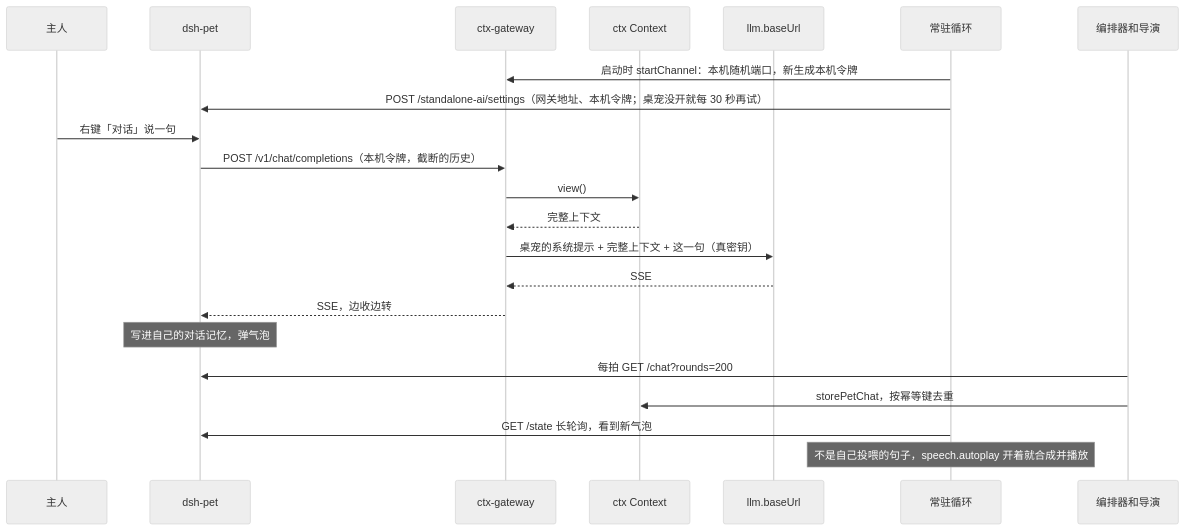
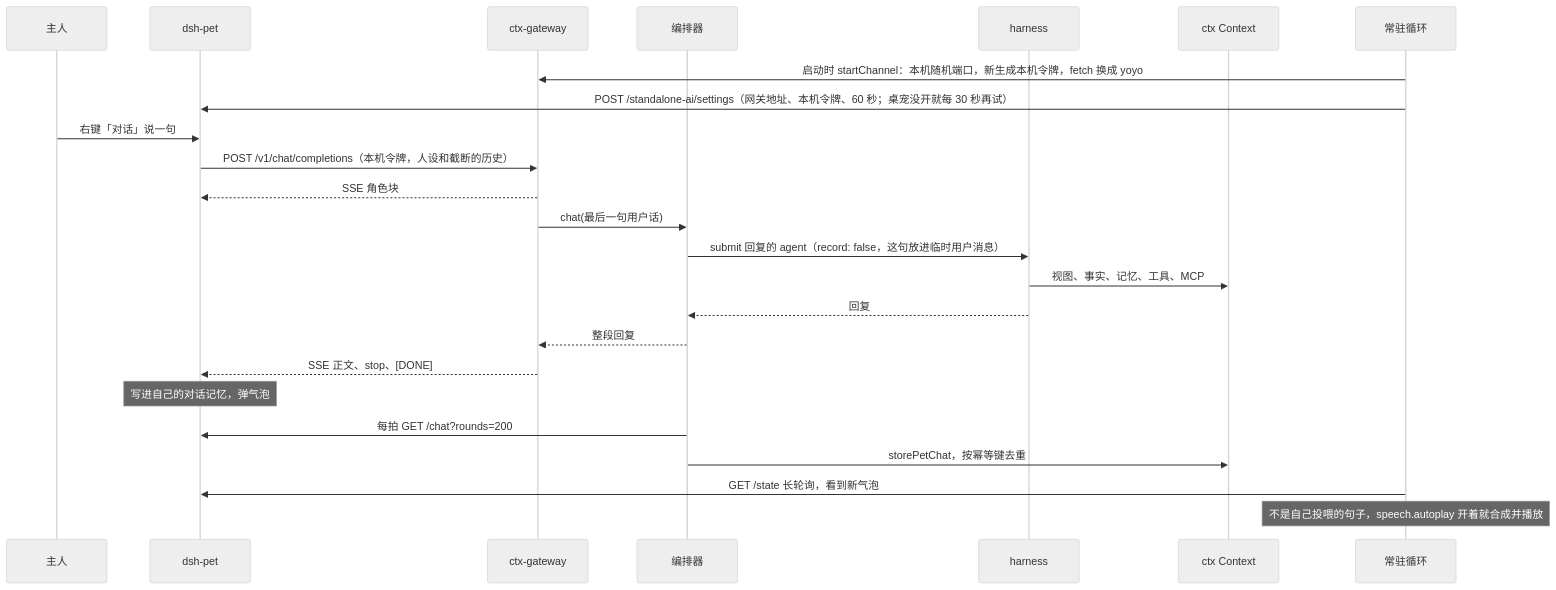
The fifth of 5 diagrams in docs/tech/architecture.md (modelctx-ai/yoyo), drawn with Mermaid (neutral theme) before and after one commit. The commit also changed other lines of this file and 6 other files, not shown here.

````diff
--- a/docs/tech/architecture.md
+++ b/docs/tech/architecture.md
@@ -293,24 +299,26 @@
 ```mermaid
 sequenceDiagram
   participant User as 主人
   participant Pet as dsh-pet
   participant GW as ctx-gateway
+  participant Orch as 编排器
+  participant H as harness
   participant Ctx as ctx Context
-  participant Up as llm.baseUrl
   participant Daemon as 常驻循环
-  participant Orch as 编排器和导演
-  Daemon->>GW: 启动时 startChannel：本机随机端口，新生成本机令牌
-  Daemon->>Pet: POST /standalone-ai/settings（网关地址、本机令牌；桌宠没开就每 30 秒再试）
+  Daemon->>GW: 启动时 startChannel：本机随机端口，新生成本机令牌，fetch 换成 yoyo
+  Daemon->>Pet: POST /standalone-ai/settings（网关地址、本机令牌、60 秒；桌宠没开就每 30 秒再试）
   User->>Pet: 右键「对话」说一句
-  Pet->>GW: POST /v1/chat/completions（本机令牌，截断的历史）
-  GW->>Ctx: view()
-  Ctx-->>GW: 完整上下文
-  GW->>Up: 桌宠的系统提示 + 完整上下文 + 这一句（真密钥）
-  Up-->>GW: SSE
-  GW-->>Pet: SSE，边收边转
+  Pet->>GW: POST /v1/chat/completions（本机令牌，人设和截断的历史）
+  GW-->>Pet: SSE 角色块
+  GW->>Orch: chat(最后一句用户话)
+  Orch->>H: submit 回复的 agent（record: false，这句放进临时用户消息）
+  H->>Ctx: 视图、事实、记忆、工具、MCP
+  H-->>Orch: 回复
+  Orch-->>GW: 整段回复
+  GW-->>Pet: SSE 正文、stop、[DONE]
   Note over Pet: 写进自己的对话记忆，弹气泡
   Orch->>Pet: 每拍 GET /chat?rounds=200
   Orch->>Ctx: storePetChat，按幂等键去重
   Daemon->>Pet: GET /state 长轮询，看到新气泡
   Note over Daemon: 不是自己投喂的句子，speech.autoplay 开着就合成并播放
 ```
````
